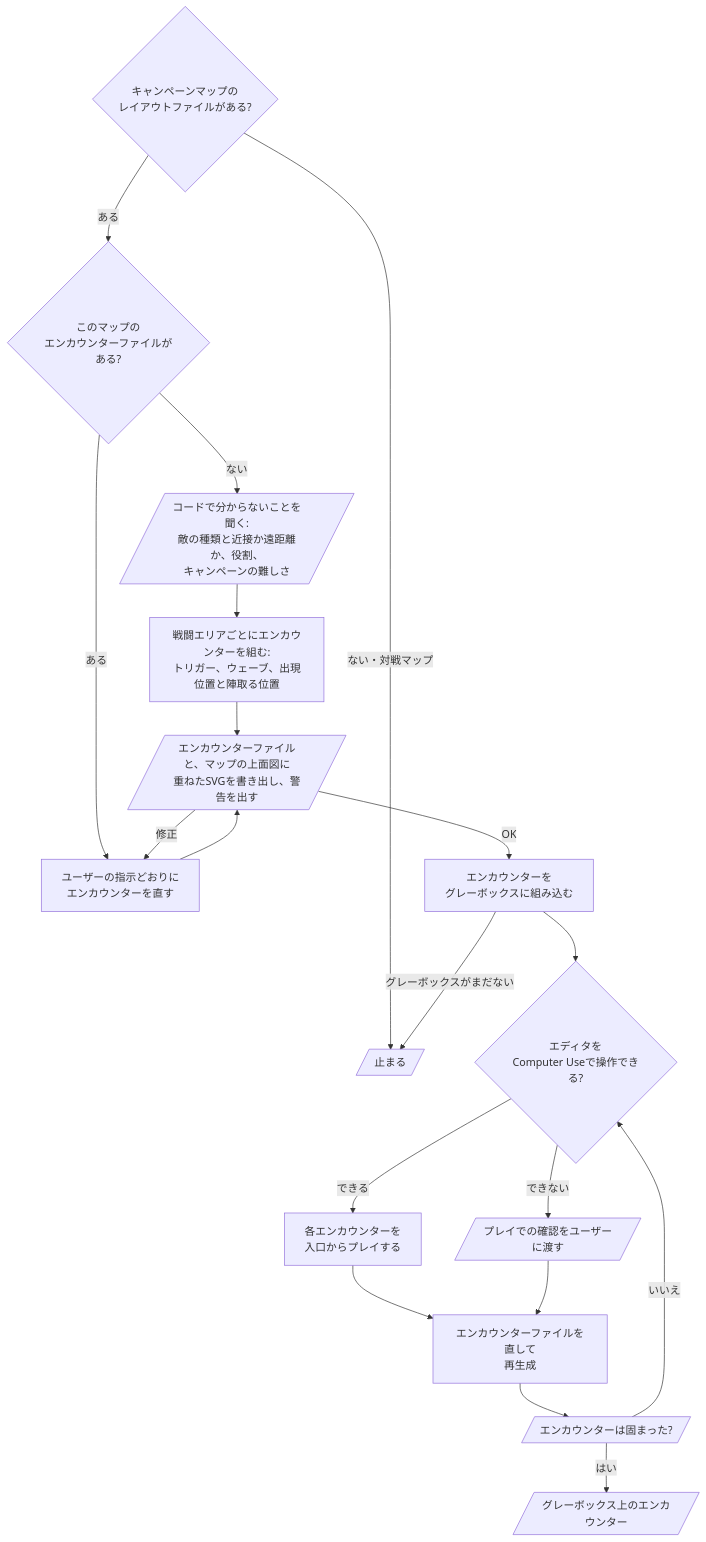
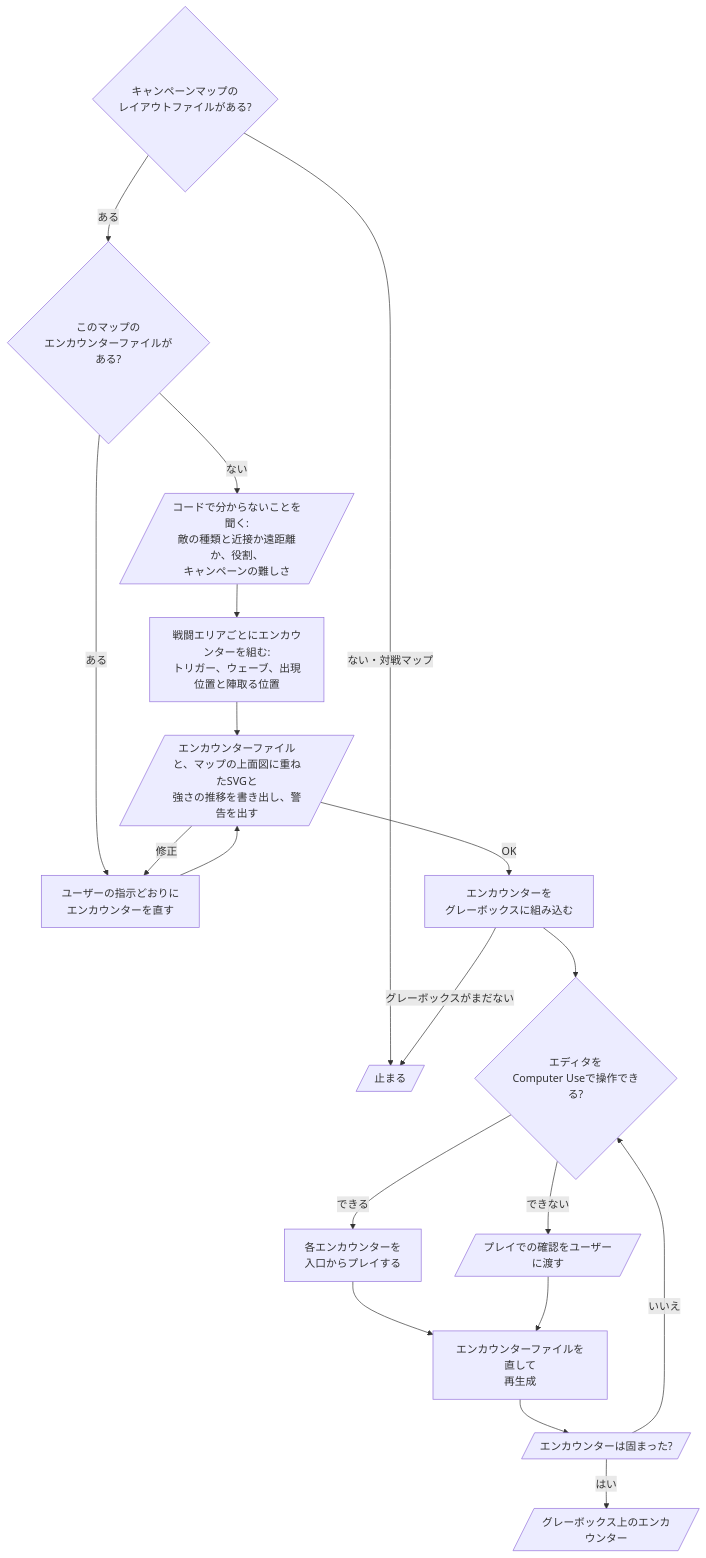
One commit to omni-stove/skill-kit changed the diagram in domains/game/skills/shooter-encounter/README.ja.md. Above: the diagram before and after it, drawn with Mermaid. The commit also changed 66 other files, not shown here.

````diff
--- a/domains/game/skills/shooter-encounter/README.ja.md
+++ b/domains/game/skills/shooter-encounter/README.ja.md
@@ -3,22 +3,22 @@
 ```mermaid
 flowchart TD
   start{キャンペーンマップの<br/>レイアウトファイルがある?}
   start -- "ない・対戦マップ" --> stop[/止まる/]
   start -- "ある" --> exists{このマップの<br/>エンカウンターファイルがある?}
   exists -- "ない" --> ask[/コードで分からないことを聞く:<br/>敵の種類と近接か遠距離か、役割、<br/>キャンペーンの難しさ/]
   ask --> write[戦闘エリアごとにエンカウンターを組む:<br/>トリガー、ウェーブ、出現位置と陣取る位置]
   exists -- "ある" --> edit[ユーザーの指示どおりに<br/>エンカウンターを直す]
   write --> view
-  edit --> view[/エンカウンターファイルと、マップの上面図に<br/>重ねたSVGを書き出し、警告を出す/]
+  edit --> view[/エンカウンターファイルと、マップの上面図に重ねたSVGと<br/>強さの推移を書き出し、警告を出す/]
   view -- "修正" --> edit
   view -- "OK" --> build[エンカウンターを<br/>グレーボックスに組み込む]
   build -- "グレーボックスがまだない" --> stop
   build --> how{エディタを<br/>Computer Useで操作できる?}
   how -- "できる" --> play[各エンカウンターを<br/>入口からプレイする]
   how -- "できない" --> hand[/プレイでの確認をユーザーに渡す/]
   play --> fix[エンカウンターファイルを直して<br/>再生成]
   hand --> fix
   fix --> settled[/エンカウンターは固まった?/]
   settled -- "いいえ" --> how
   settled -- "はい" --> done[/グレーボックス上のエンカウンター/]
 ```
````
